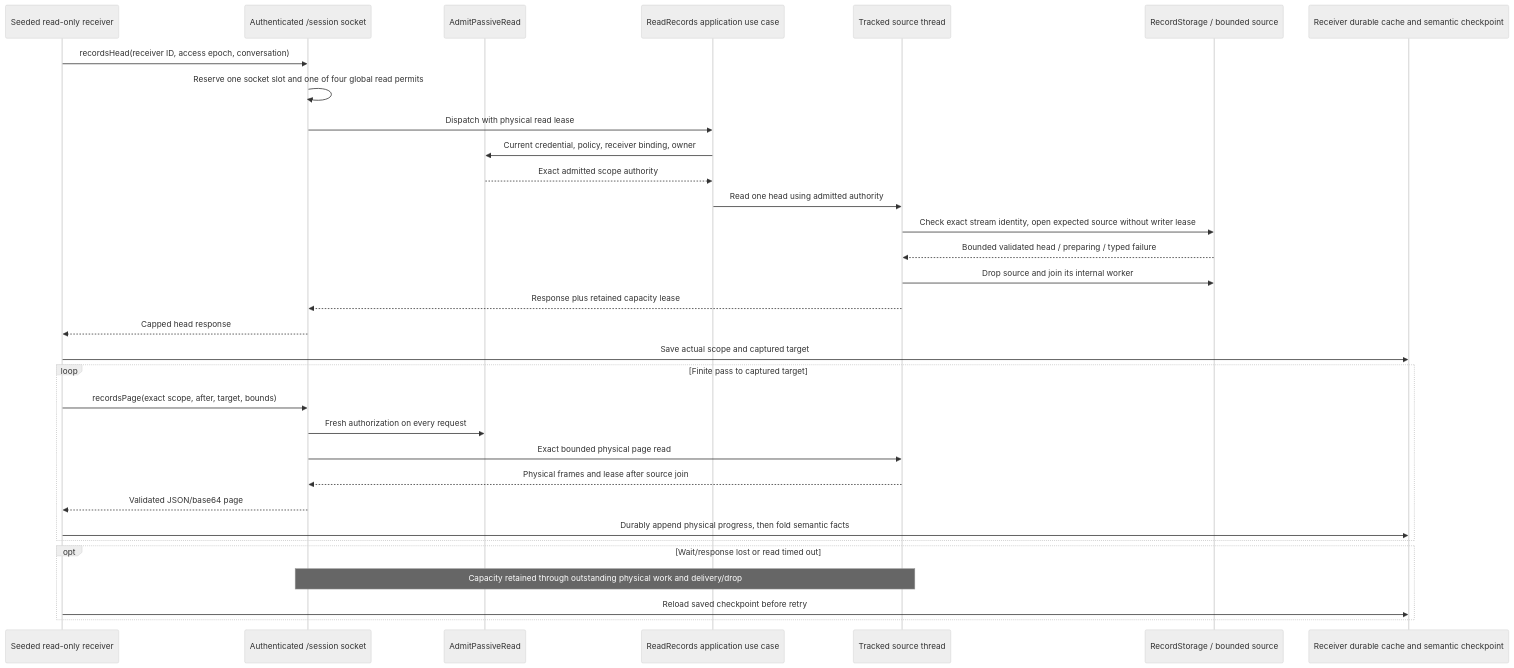
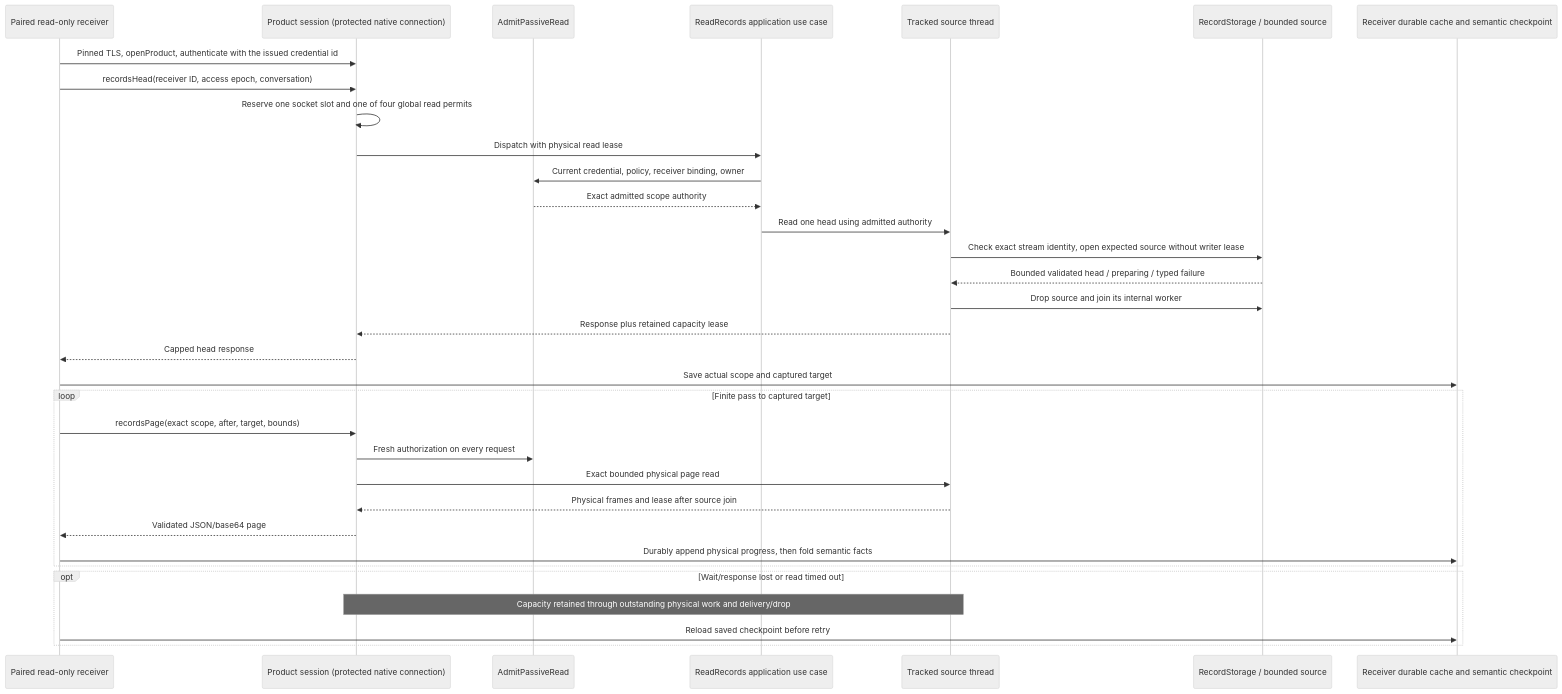
One commit to nessalabs/nessa-agent changed diagram 12 of 12 in docs/mapping/features/runtime.md. Above: the diagram before and after it, drawn with Mermaid (neutral theme). The commit also changed other lines of this file and 27 other files, not shown here.

````diff
--- a/docs/mapping/features/runtime.md
+++ b/docs/mapping/features/runtime.md
@@ -891,34 +891,35 @@
 ```mermaid
 sequenceDiagram
-    participant Receiver as Seeded read-only receiver
-    participant Socket as Authenticated /session socket
+    participant Receiver as Paired read-only receiver
+    participant Socket as Product session (protected native connection)
     participant Admission as AdmitPassiveRead
     participant Records as ReadRecords application use case
     participant Thread as Tracked source thread
     participant SDK as RecordStorage / bounded source
     participant Cache as Receiver durable cache and semantic checkpoint
+    Receiver->>Socket: Pinned TLS, openProduct, authenticate with the issued credential id
     Receiver->>Socket: recordsHead(receiver ID, access epoch, conversation)
     Socket->>Socket: Reserve one socket slot and one of four global read permits
     Socket->>Records: Dispatch with physical read lease
     Records->>Admission: Current credential, policy, receiver binding, owner
     Admission-->>Records: Exact admitted scope authority
     Records->>Thread: Read one head using admitted authority
     Thread->>SDK: Check exact stream identity, open expected source without writer lease
     SDK-->>Thread: Bounded validated head / preparing / typed failure
     Thread->>SDK: Drop source and join its internal worker
     Thread-->>Socket: Response plus retained capacity lease
     Socket-->>Receiver: Capped head response
     Receiver->>Cache: Save actual scope and captured target
     loop Finite pass to captured target
         Receiver->>Socket: recordsPage(exact scope, after, target, bounds)
         Socket->>Admission: Fresh authorization on every request
         Socket->>Thread: Exact bounded physical page read
         Thread-->>Socket: Physical frames and lease after source join
         Socket-->>Receiver: Validated JSON/base64 page
         Receiver->>Cache: Durably append physical progress, then fold semantic facts
     end
     opt Wait/response lost or read timed out
         Note over Socket,Thread: Capacity retained through outstanding physical work and delivery/drop
         Receiver->>Cache: Reload saved checkpoint before retry
     end
 ```
````
